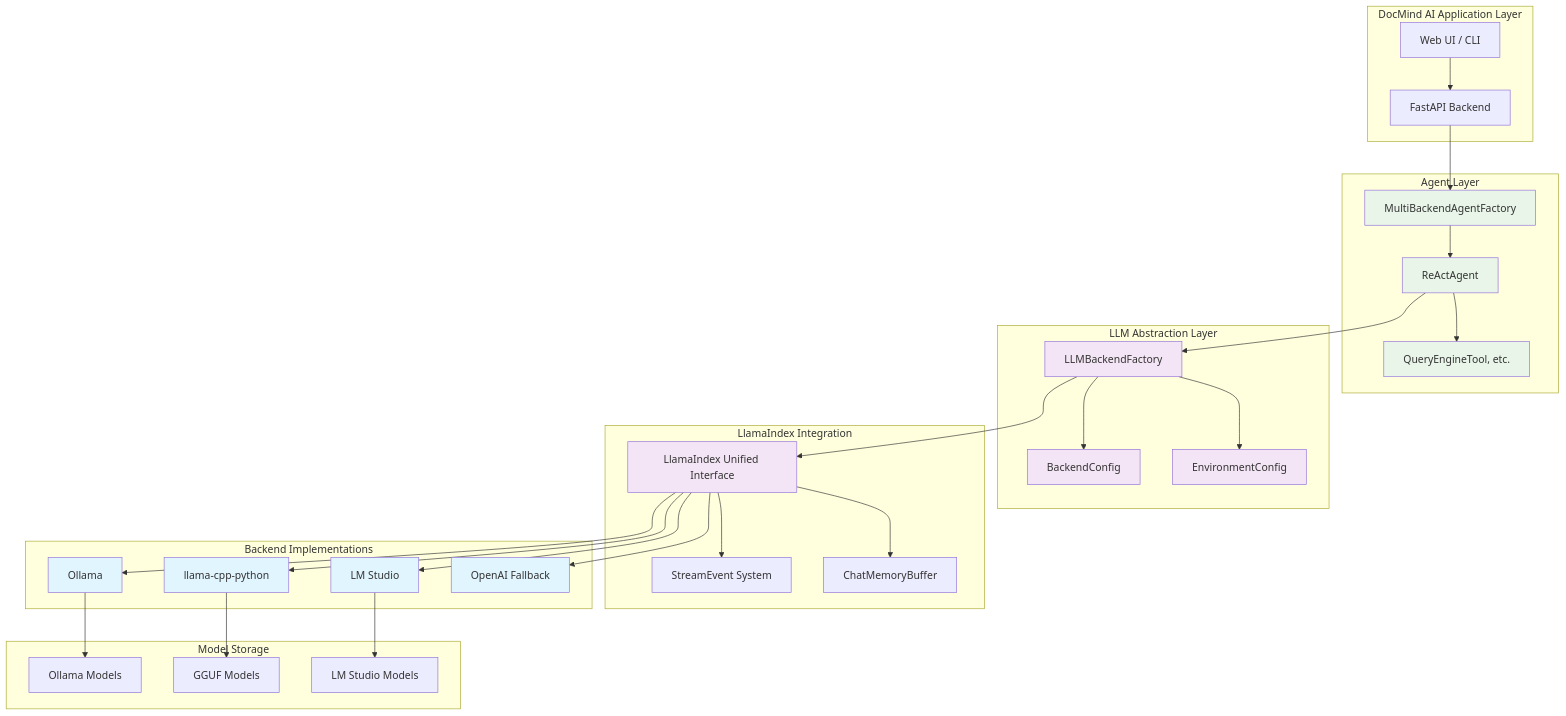
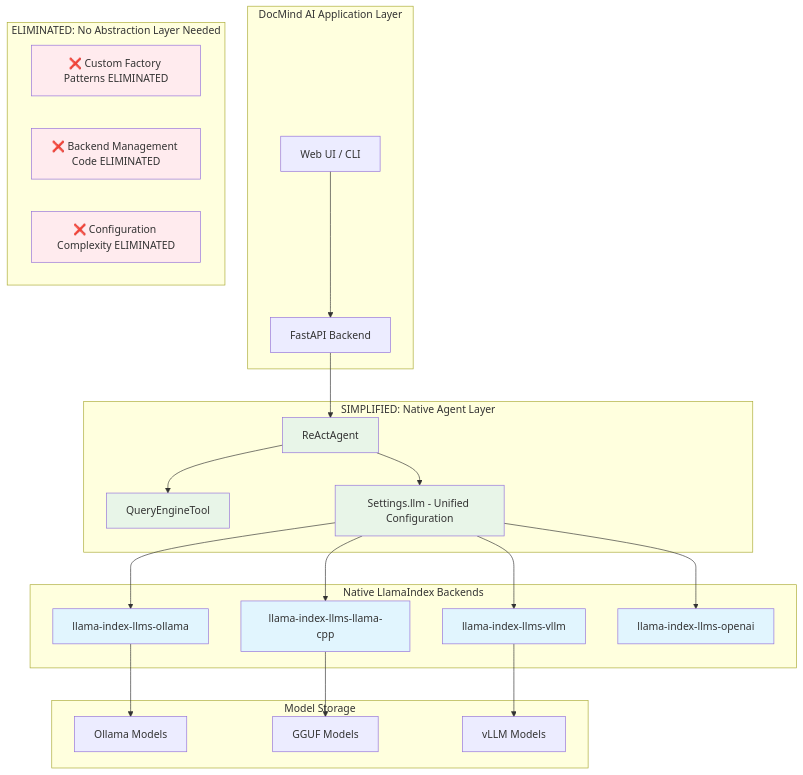
The diagram in docs/planning/research/reports/final/7-llm-backends-research-report.md (BjornMelin/docmind-ai-llm), drawn with Mermaid before and after one commit. The commit also changed other lines of this file and 11 other files, not shown here.

First line of the commit message:
docs: update architectural simplification research report and add final LlamaIndex-native architecture plan

````diff
--- a/docs/planning/research/reports/final/7-llm-backends-research-report.md
+++ b/docs/planning/research/reports/final/7-llm-backends-research-report.md
@@ -875,64 +942,52 @@
 ```mermaid
 graph TB
     subgraph "DocMind AI Application Layer"
         UI[Web UI / CLI]
         API[FastAPI Backend]
     end
     
-    subgraph "Agent Layer"
-        AF[MultiBackendAgentFactory]
+    subgraph "SIMPLIFIED: Native Agent Layer"
         RA[ReActAgent]
-        Tools[QueryEngineTool, etc.]
+        Tools[QueryEngineTool]
+        Settings[Settings.llm - Unified Configuration]
     end
     
-    subgraph "LLM Abstraction Layer"
-        LBF[LLMBackendFactory]
-        BC[BackendConfig]
-        EC[EnvironmentConfig]
+    subgraph "ELIMINATED: No Abstraction Layer Needed"
+        ELIM[❌ Custom Factory Patterns ELIMINATED]
+        ELIM2[❌ Backend Management Code ELIMINATED]
+        ELIM3[❌ Configuration Complexity ELIMINATED]
     end
     
-    subgraph "LlamaIndex Integration"
-        LI[LlamaIndex Unified Interface]
-        SE[StreamEvent System]
-        CB[ChatMemoryBuffer]
-    end
-    
-    subgraph "Backend Implementations"
-        O[Ollama]
-        LC[llama-cpp-python]
-        LMS[LM Studio]
-        OAI[OpenAI Fallback]
+    subgraph "Native LlamaIndex Backends"
+        ONative[llama-index-llms-ollama]
+        LCNative[llama-index-llms-llama-cpp]
+        VLLMNative[llama-index-llms-vllm]
+        OAINative[llama-index-llms-openai]
     end
     
     subgraph "Model Storage"
         OM[Ollama Models]
         GM[GGUF Models]
-        LSM[LM Studio Models]
+        VLLMM[vLLM Models]
     end
     
     UI --> API
-    API --> AF
-    AF --> RA
+    API --> RA
     RA --> Tools
-    RA --> LBF
-    LBF --> BC
-    LBF --> EC
-    LBF --> LI
-    LI --> SE
-    LI --> CB
-    LI --> O
-    LI --> LC
-    LI --> LMS
-    LI --> OAI
-    O --> OM
-    LC --> GM
-    LMS --> LSM
+    RA --> Settings
+    Settings --> ONative
+    Settings --> LCNative
+    Settings --> VLLMNative
+    Settings --> OAINative
+    ONative --> OM
+    LCNative --> GM
+    VLLMNative --> VLLMM
     
     classDef backend fill:#e1f5fe
-    classDef abstraction fill:#f3e5f5
-    classDef agent fill:#e8f5e8
+    classDef eliminated fill:#ffebee
+    classDef simplified fill:#e8f5e8
     
-    class O,LC,LMS,OAI backend
-    class LBF,BC,EC,LI abstraction
-    class AF,RA,Tools agent
+    class ONative,LCNative,VLLMNative,OAINative backend
+    class ELIM,ELIM2,ELIM3 eliminated
+    class RA,Tools,Settings simplified
 ```
````
